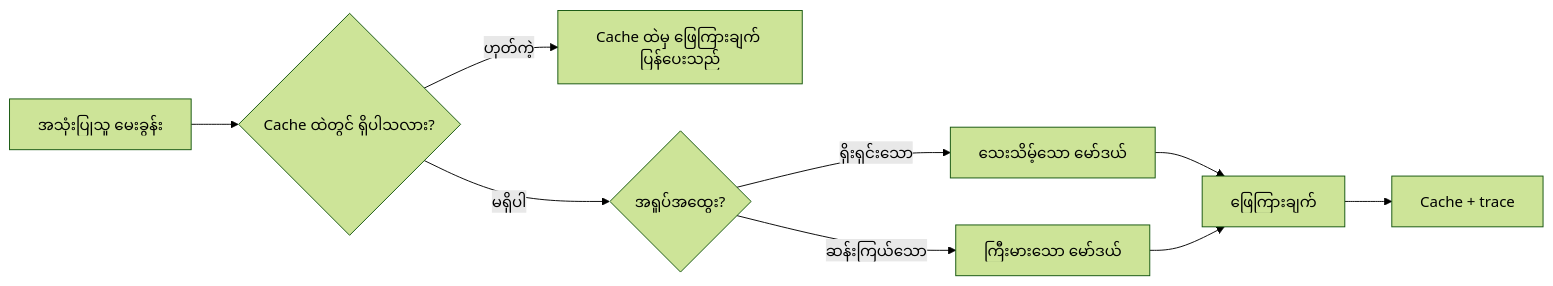
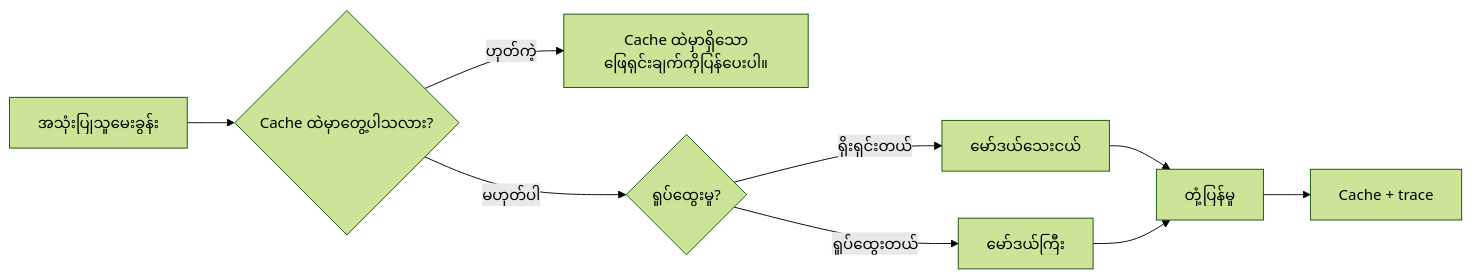
The third of 4 diagrams in mirrors/repos/microsoft@ai-agents-for-beginners/translations/my/16-deploying-scalable-agents/README.md (gabrielmoreira/agent-skills-mirror), drawn with Mermaid (forest theme) before and after one commit. The commit also changed other lines of this file and 4262 other files, not shown here.

````diff
--- a/mirrors/repos/microsoft@ai-agents-for-beginners/translations/my/16-deploying-scalable-agents/README.md
+++ b/mirrors/repos/microsoft@ai-agents-for-beginners/translations/my/16-deploying-scalable-agents/README.md
@@ -134,11 +134,11 @@
 ```mermaid
 flowchart LR
-    Q[အသုံးပြုသူ မေးခွန်း] --> C{Cache ထဲတွင် ရှိပါသလား?}
-    C -->|ဟုတ်ကဲ့| R[Cache ထဲမှ ဖြေကြားချက် ပြန်ပေးသည်]
-    C -->|မရှိပါ| Router{အရှုပ်အထွေး?}
-    Router -->|ရိုးရှင်းသော| SLM[သေးသိမ့်သော မော်ဒယ်]
-    Router -->|ဆန်းကြယ်သော| LLM[ကြီးမားသော မော်ဒယ်]
-    SLM --> Out[ဖြေကြားချက်]
+    Q[အသုံးပြုသူမေးခွန်း] --> C{Cache ထဲမှာတွေ့ပါသလား?}
+    C -->|ဟုတ်ကဲ့| R[Cache ထဲမှာရှိသောဖြေရှင်းချက်ကိုပြန်ပေးပါ။]
+    C -->|မဟုတ်ပါ| Router{ရှုပ်ထွေးမှု?}
+    Router -->|ရိုးရှင်းတယ်| SLM[မော်ဒယ်သေးငယ်]
+    Router -->|ရှုပ်ထွေးတယ်| LLM[မော်ဒယ်ကြီး]
+    SLM --> Out[တုံ့ပြန်မှု]
     LLM --> Out
     Out --> Store[Cache + trace]
 ```
````
